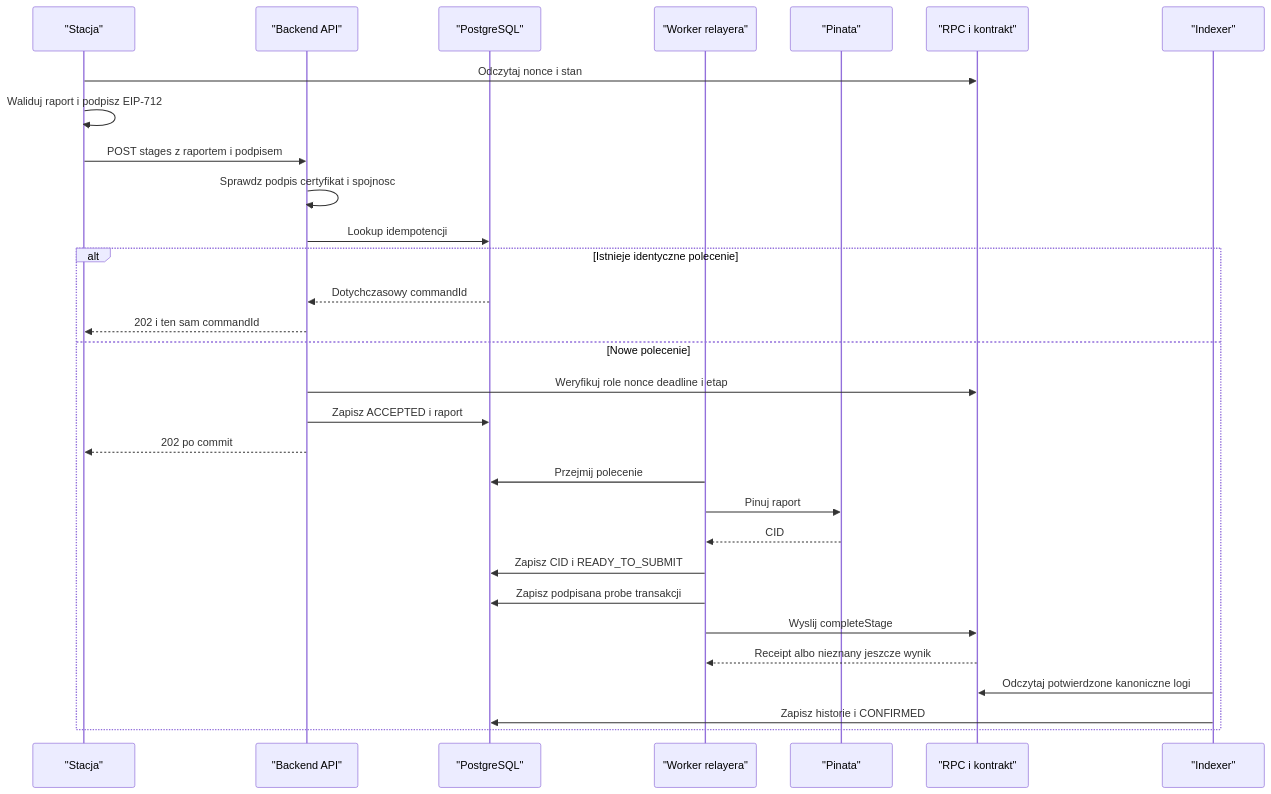
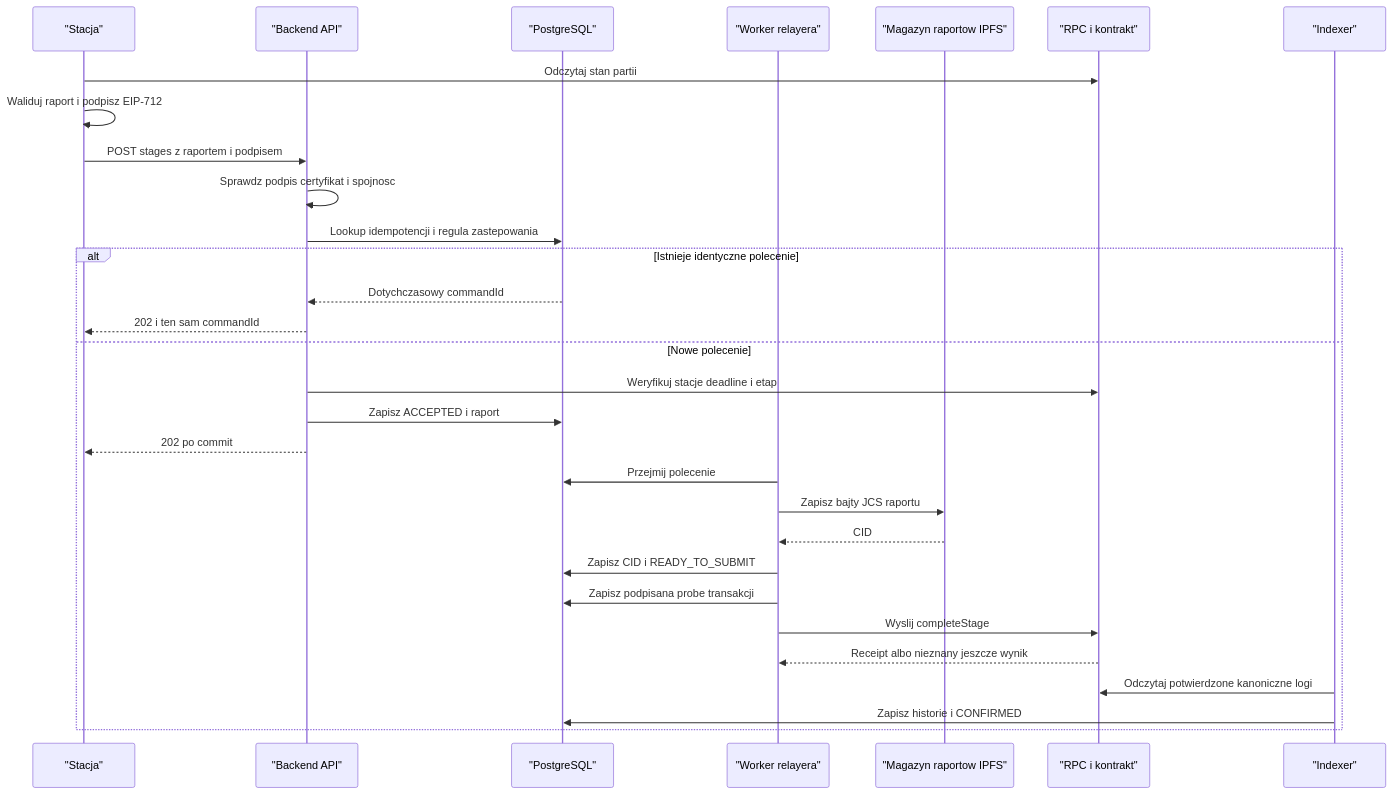
One commit to nimek06/PZ_supply_blockchain changed the second of 4 diagrams in docs/flows.md. Above: the diagram before and after it, drawn with Mermaid. The commit also changed other lines of this file and 64 other files, not shown here.

````diff
--- a/docs/flows.md
+++ b/docs/flows.md
@@ -87,32 +94,32 @@
 ```mermaid
 sequenceDiagram
     participant StationStage as "Stacja"
     participant ApiStage as "Backend API"
     participant DbStage as "PostgreSQL"
     participant WorkerStage as "Worker relayera"
-    participant PinataStage as "Pinata"
+    participant StorageStage as "Magazyn raportow IPFS"
     participant RpcStage as "RPC i kontrakt"
     participant IndexStage as "Indexer"
-    StationStage->>RpcStage: Odczytaj nonce i stan
+    StationStage->>RpcStage: Odczytaj stan partii
     StationStage->>StationStage: Waliduj raport i podpisz EIP-712
     StationStage->>ApiStage: POST stages z raportem i podpisem
     ApiStage->>ApiStage: Sprawdz podpis certyfikat i spojnosc
-    ApiStage->>DbStage: Lookup idempotencji
+    ApiStage->>DbStage: Lookup idempotencji i regula zastepowania
     alt Istnieje identyczne polecenie
         DbStage-->>ApiStage: Dotychczasowy commandId
         ApiStage-->>StationStage: 202 i ten sam commandId
     else Nowe polecenie
-        ApiStage->>RpcStage: Weryfikuj role nonce deadline i etap
+        ApiStage->>RpcStage: Weryfikuj stacje deadline i etap
         ApiStage->>DbStage: Zapisz ACCEPTED i raport
         ApiStage-->>StationStage: 202 po commit
         WorkerStage->>DbStage: Przejmij polecenie
-        WorkerStage->>PinataStage: Pinuj raport
-        PinataStage-->>WorkerStage: CID
+        WorkerStage->>StorageStage: Zapisz bajty JCS raportu
+        StorageStage-->>WorkerStage: CID
         WorkerStage->>DbStage: Zapisz CID i READY_TO_SUBMIT
         WorkerStage->>DbStage: Zapisz podpisana probe transakcji
         WorkerStage->>RpcStage: Wyslij completeStage
         RpcStage-->>WorkerStage: Receipt albo nieznany jeszcze wynik
         IndexStage->>RpcStage: Odczytaj potwierdzone kanoniczne logi
         IndexStage->>DbStage: Zapisz historie i CONFIRMED
     end
 ```
````
